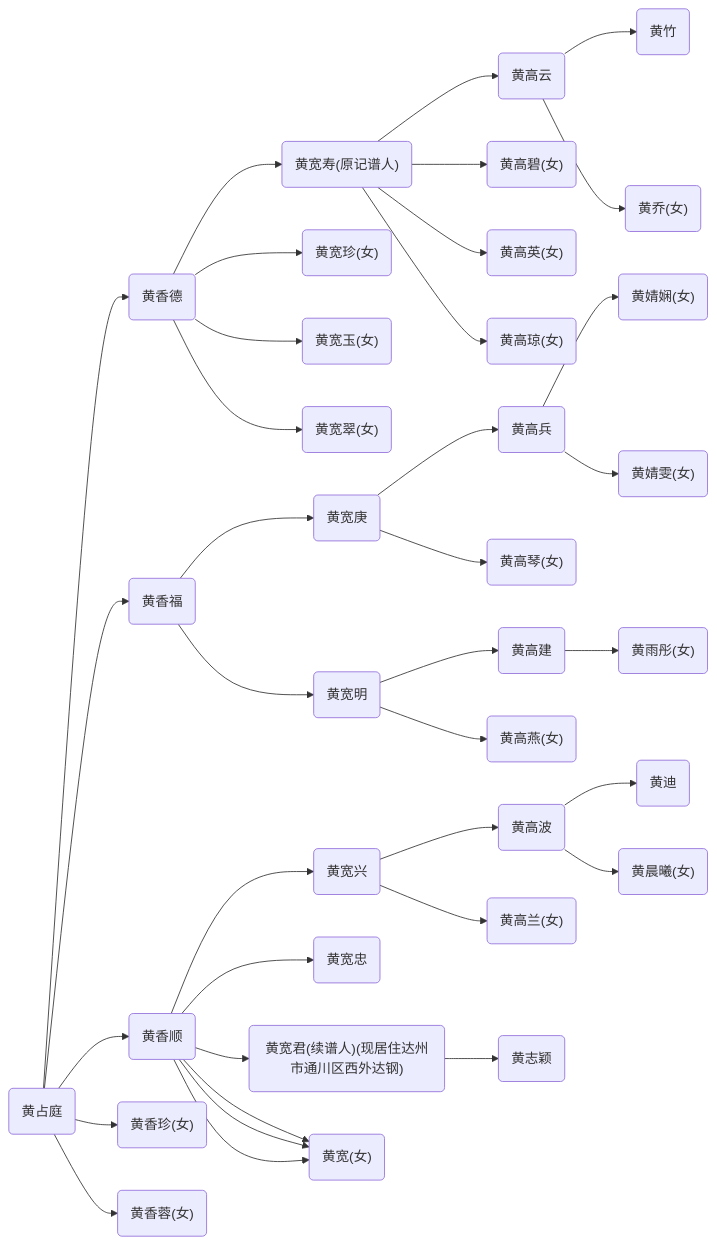
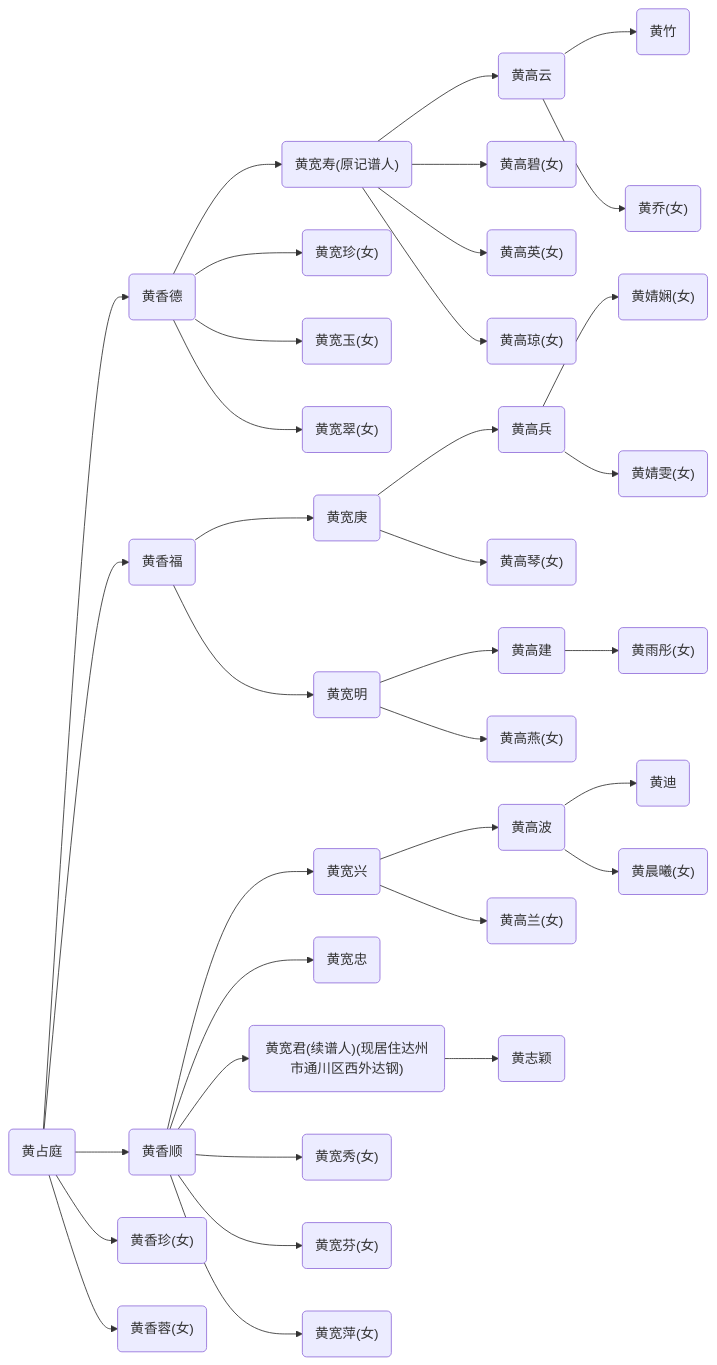
One commit to jeanim/jiapu changed the first of 5 diagrams in contents/chapter3.md. Above: the diagram before and after it, drawn with Mermaid. The commit also changed other lines of this file, not shown here.

```diff
--- a/contents/chapter3.md
+++ b/contents/chapter3.md
@@ -42,38 +42,38 @@
 {% mermaid %}
 graph LR;
   huangzhanting("黄占庭")-->huangxiangde("黄香德");
   huangxiangde("黄香德")-->haungkuanshou("黄宽寿(原记谱人)");
   haungkuanshou("黄宽寿(原记谱人)")-->huanggaoyun("黄高云");
   huanggaoyun("黄高云")-->huangzhu("黄竹");
   huanggaoyun("黄高云")-->huangqiao("黄乔(女)");
   haungkuanshou("黄宽寿(原记谱人)")-->huanggaobi("黄高碧(女)");
   haungkuanshou("黄宽寿(原记谱人)")-->huanggaoying("黄高英(女)");
   haungkuanshou("黄宽寿(原记谱人)")-->huanggaoqiong("黄高琼(女)");
   huangxiangde("黄香德")-->haungkuanzhen("黄宽珍(女)");
   huangxiangde("黄香德")-->haungkuanyu("黄宽玉(女)");
   huangxiangde("黄香德")-->haungkuancui("黄宽翠(女)");
   huangzhanting("黄占庭")-->huangxiangfu("黄香福");
   huangxiangfu("黄香福")-->huangkuangeng("黄宽庚");
   huangkuangeng("黄宽庚")-->huanggaobing("黄高兵");
   huanggaobing("黄高兵")-->huangjingxian("黄婧娴(女)");
   huanggaobing("黄高兵")-->huangjingwen("黄婧雯(女)");
   huangkuangeng("黄宽庚")-->huanggaoqin("黄高琴(女)");
   huangxiangfu("黄香福")-->huangkuanming("黄宽明");
   huangkuanming("黄宽明")-->huanggaojian("黄高建");
   huanggaojian("黄高建")-->huangyutong("黄雨彤(女)");
   huangkuanming("黄宽明")-->huanggaoyan("黄高燕(女)");
   huangzhanting("黄占庭")-->huangxiangshun("黄香顺");
   huangxiangshun("黄香顺")-->huangkuanxing("黄宽兴");
   huangkuanxing("黄宽兴")-->huanggaobo("黄高波");
   huanggaobo("黄高波")-->huangdi("黄迪");
   huanggaobo("黄高波")-->huangchenxi("黄晨曦(女)");
   huangkuanxing("黄宽兴")-->huanggaolan("黄高兰(女)");
   huangxiangshun("黄香顺")-->huangkuanzhong("黄宽忠");
   huangxiangshun("黄香顺")-->huangkuanjun("黄宽君(续谱人)(现居住达州市通川区西外达钢)");
   huangkuanjun("黄宽君(续谱人)(现居住达州市通川区西外达钢)")-->huangzhiying("黄志颖");
-  huangxiangshun("黄香顺")-->huangkuan("黄宽(女)");
-  huangxiangshun("黄香顺")-->huangkuan("黄宽(女)");
-  huangxiangshun("黄香顺")-->huangkuan("黄宽(女)");
+  huangxiangshun("黄香顺")-->huangkuanxiu("黄宽秀(女)");
+  huangxiangshun("黄香顺")-->huangkuanfen("黄宽芬(女)");
+  huangxiangshun("黄香顺")-->huangkuanping("黄宽萍(女)");
   huangzhanting("黄占庭")-->huangxiangzhen("黄香珍(女)");
   huangzhanting("黄占庭")-->huangxiangrong("黄香蓉(女)");  
 {% endmermaid %}
```
